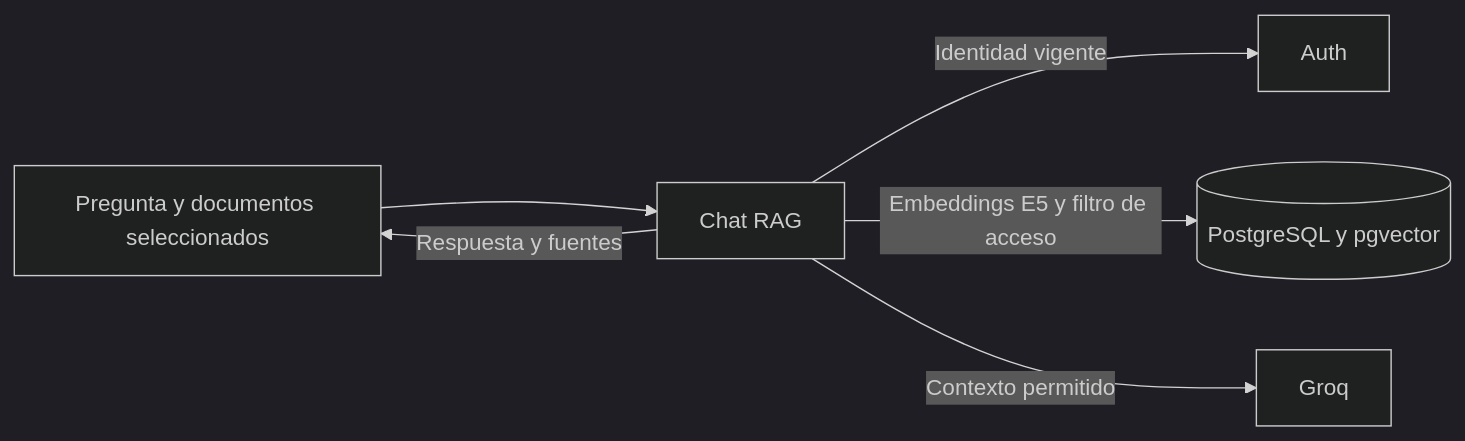
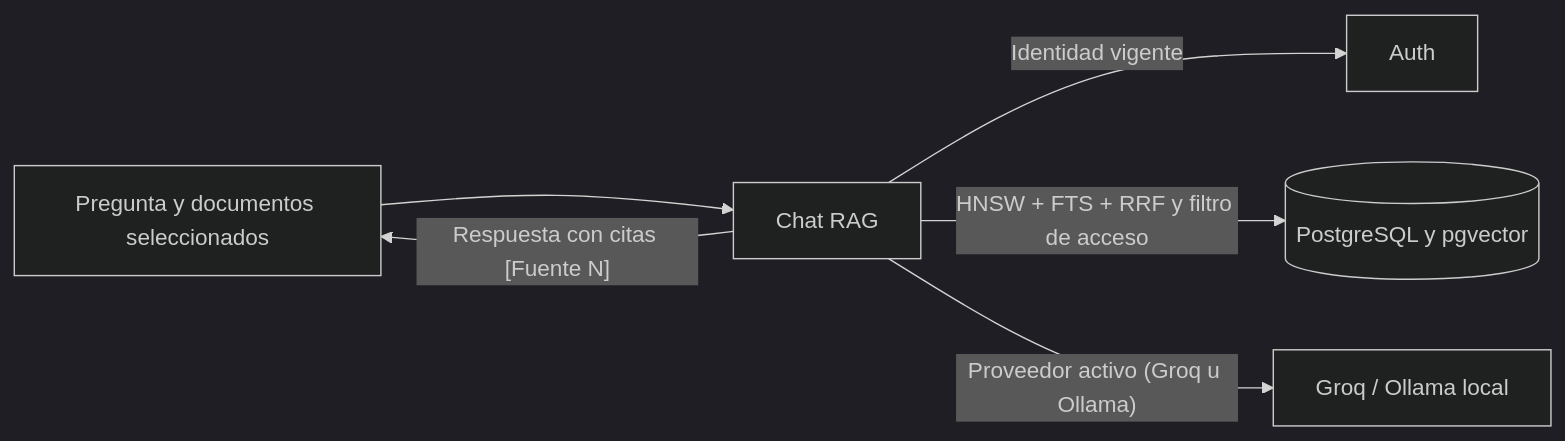
The diagram in backend/RagDocumentChatServices/README.md (Blandskron/AgenteIADocumental), drawn with Mermaid (dark theme) before and after one commit. The commit also changed other lines of this file and 17 other files, not shown here.

````diff
--- a/backend/RagDocumentChatServices/README.md
+++ b/backend/RagDocumentChatServices/README.md
@@ -7,8 +7,8 @@
 ```mermaid
 flowchart LR
     web["Pregunta y documentos seleccionados"] --> chat["Chat RAG"]
     chat -->|"Identidad vigente"| auth["Auth"]
-    chat -->|"Embeddings E5 y filtro de acceso"| db[("PostgreSQL y pgvector")]
-    chat -->|"Contexto permitido"| groq["Groq"]
-    chat -->|"Respuesta y fuentes"| web
+    chat -->|"HNSW + FTS + RRF y filtro de acceso"| db[("PostgreSQL y pgvector")]
+    chat -->|"Proveedor activo (Groq u Ollama)"| llm["Groq / Ollama local"]
+    chat -->|"Respuesta con citas [Fuente N]"| web
 ```
````
